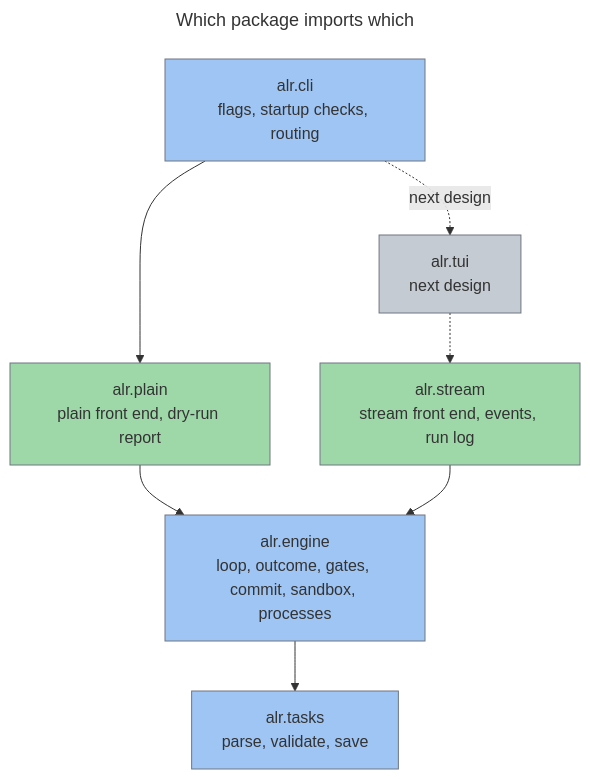
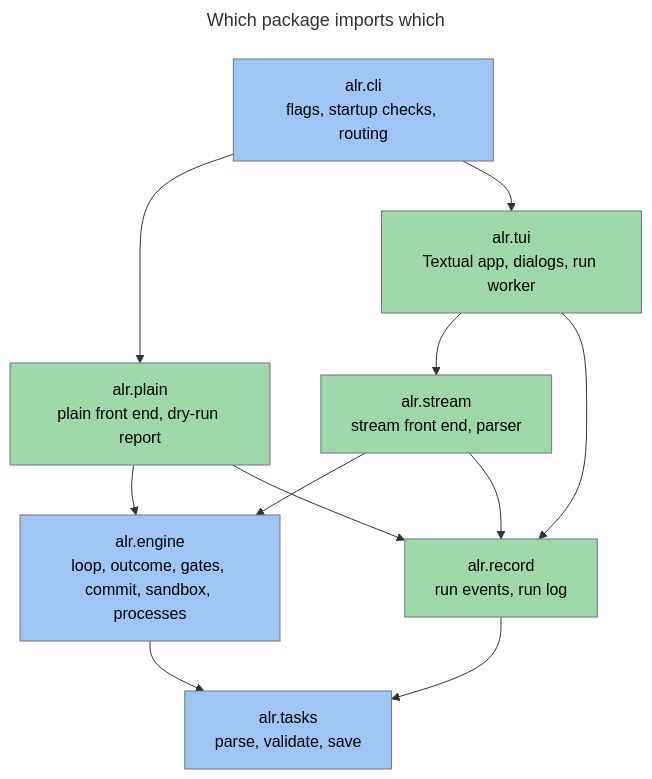
The first of 5 diagrams in docs/design/03_system_architecture.md (twistingmercury/agentic_loop_runner), drawn with Mermaid before and after one commit. The commit also changed other lines of this file and 65 other files, not shown here.

````diff
--- a/docs/design/03_system_architecture.md
+++ b/docs/design/03_system_architecture.md
@@ -29,23 +35,26 @@
 ```mermaid
 ---
 title: Which package imports which
 ---
 flowchart TD
     cli["alr.cli<br/>flags, startup checks, routing"]:::blue
     plain["alr.plain<br/>plain front end, dry-run report"]:::green
-    tui["alr.tui<br/>next design"]:::gray
-    stream["alr.stream<br/>stream front end, events, run log"]:::green
+    tui["alr.tui<br/>Textual app, dialogs, run worker"]:::green
+    stream["alr.stream<br/>stream front end, parser"]:::green
+    record["alr.record<br/>run events, run log"]:::green
     engine["alr.engine<br/>loop, outcome, gates, commit, sandbox, processes"]:::blue
     tasks["alr.tasks<br/>parse, validate, save"]:::blue
-
     cli --> plain
-    cli -.->|next design| tui
-    tui -.-> stream
+    cli --> tui
+    tui --> stream
+    tui --> record
     plain --> engine
+    plain --> record
     stream --> engine
+    stream --> record
+    record --> tasks
     engine --> tasks
-
-    classDef blue fill:#9ec5f4,stroke:#6e7781,color:#333333
-    classDef green fill:#9fd8a8,stroke:#6e7781,color:#333333
-    classDef gray fill:#c4cbd3,stroke:#6e7781,color:#333333
+    classDef blue fill: #9ec5f4, stroke: #6e7781, color: #000000
+    classDef green fill: #9fd8a8, stroke: #6e7781, color: #000000
+    classDef gray fill: #c4cbd3, stroke: #6e7781, color: #000000
 ```
````
